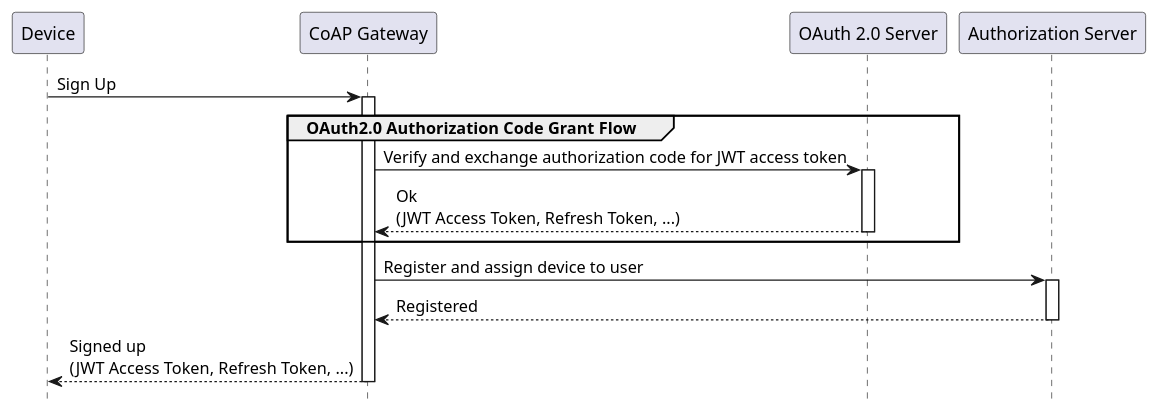
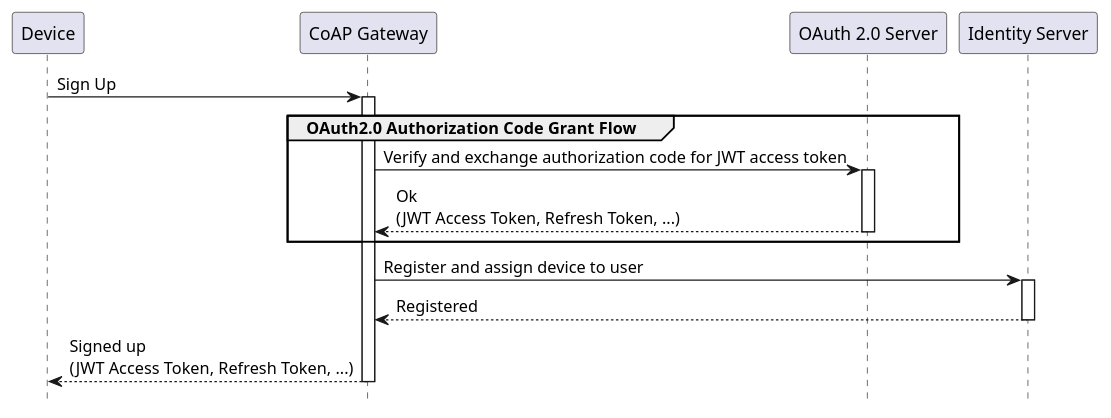
The second of 7 diagrams in content/en/architecture/component-overview.md (plgd-dev/doc), drawn with PlantUML before and after one commit. The commit also changed other lines of this file and 5 other files, not shown here.

```diff
--- a/content/en/architecture/component-overview.md
+++ b/content/en/architecture/component-overview.md
@@ -66,20 +66,20 @@
 {{< plantuml id="cloud-registration" >}}
 @startuml Sequence
 skinparam backgroundColor transparent
 hide footbox
 
 participant D as "Device"
 participant CGW as "CoAP Gateway"
 participant O as "OAuth 2.0 Server"
-participant AS as "Authorization Server"
+participant IS as "Identity Server"
 
 D -> CGW ++: Sign Up
 group OAuth2.0 Authorization Code Grant Flow
     CGW -> O ++: Verify and exchange authorization code for JWT access token
     return Ok\n(JWT Access Token, Refresh Token, ...)
 end
-CGW -> AS ++: Register and assign device to user
+CGW -> IS ++: Register and assign device to user
 return Registered
 return Signed up\n(JWT Access Token, Refresh Token, ...)
 @enduml
 {{< /plantuml >}}
```
